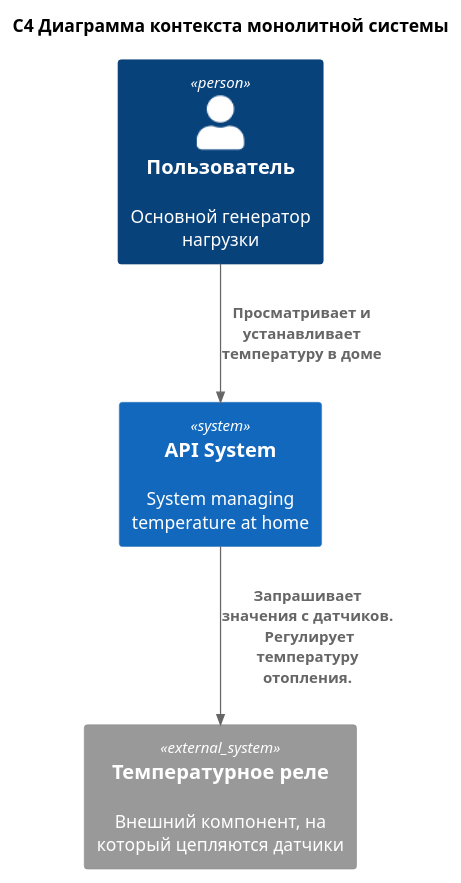
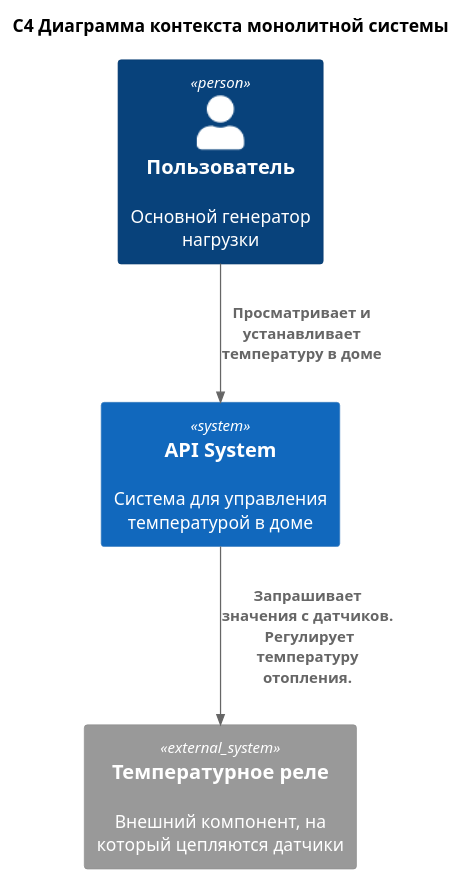
Before and after one commit to Adskoy/architecture_sprint_3: the diagram in diagrams/as-is.puml, drawn with PlantUML. The commit also changed 2 other files, not shown here.

Commit message:
Добавил диаграмму кода

```diff
--- a/diagrams/as-is.puml
+++ b/diagrams/as-is.puml
@@ -1,16 +1,16 @@
 @startuml
 title C4 Диаграмма контекста монолитной системы
 
 top to bottom direction
 
-!includeurl https://raw.githubusercontent.com/RicardoNiepel/C4-PlantUML/master/C4_Component.puml
+!includeurl https://raw.githubusercontent.com/plantuml-stdlib/C4-PlantUML/master/C4_Component.puml
 
 Person(user, "Пользователь", "Основной генератор нагрузки")
-System(API, "API System", "System managing temperature at home")
+System(API, "API System", "Система для управления температурой в доме")
 
 System_Ext(relay, "Температурное реле", "Внешний компонент, на который цепляются датчики")
 
 Rel(user, API, "Просматривает и устанавливает температуру в доме")
 Rel(API,relay,"Запрашивает значения с датчиков. \n Регулирует температуру отопления.")
 
 @enduml
```
